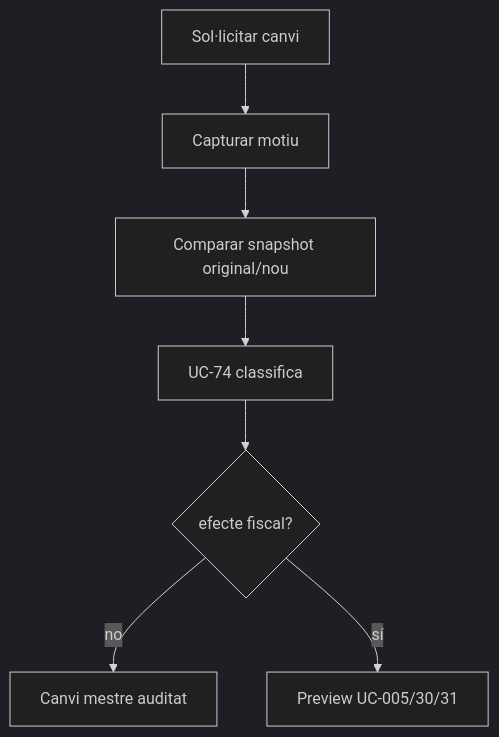
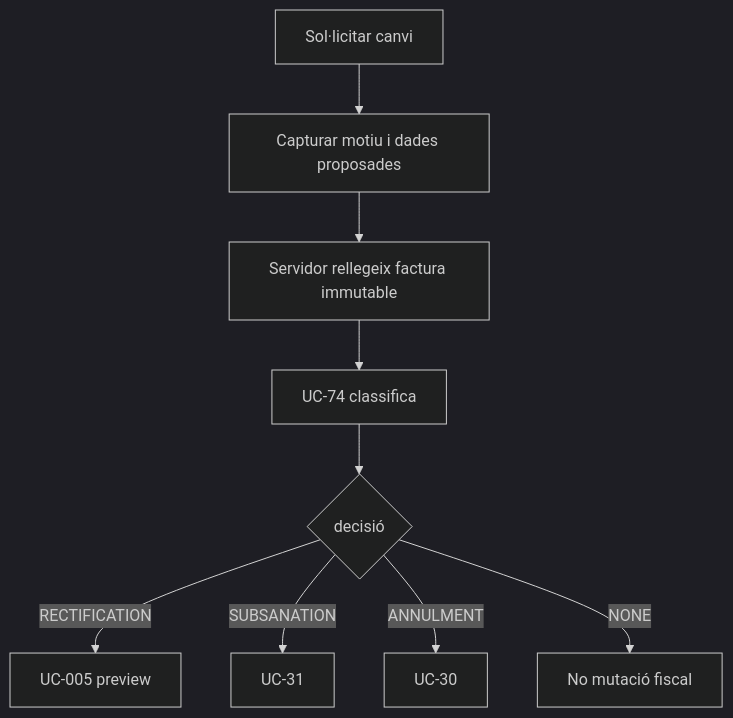
Before and after one commit to orgmeriemprismacat-del/verifactu: the fourth of 13 diagrams in documentacio/07-uml-integrat/uc-005-activitats-pagines-actual-final.md, drawn with Mermaid (dark theme). The commit also changed other lines of this file, not shown here.

````diff
--- a/documentacio/07-uml-integrat/uc-005-activitats-pagines-actual-final.md
+++ b/documentacio/07-uml-integrat/uc-005-activitats-pagines-actual-final.md
@@ -39,9 +42,11 @@
 ```mermaid
 flowchart TD
-A[Sol·licitar canvi] --> B[Capturar motiu]
-B --> C[Comparar snapshot original/nou]
+A[Sol·licitar canvi] --> B[Capturar motiu i dades proposades]
+B --> C[Servidor rellegeix factura immutable]
 C --> D[UC-74 classifica]
-D --> E{efecte fiscal?}
-E -- no --> F[Canvi mestre auditat]
-E -- sí --> G[Preview UC-005/30/31]
+D --> E{decisió}
+E -- RECTIFICATION --> F[UC-005 preview]
+E -- SUBSANATION --> G[UC-31]
+E -- ANNULMENT --> H[UC-30]
+E -- NONE --> I[No mutació fiscal]
 ```
````
